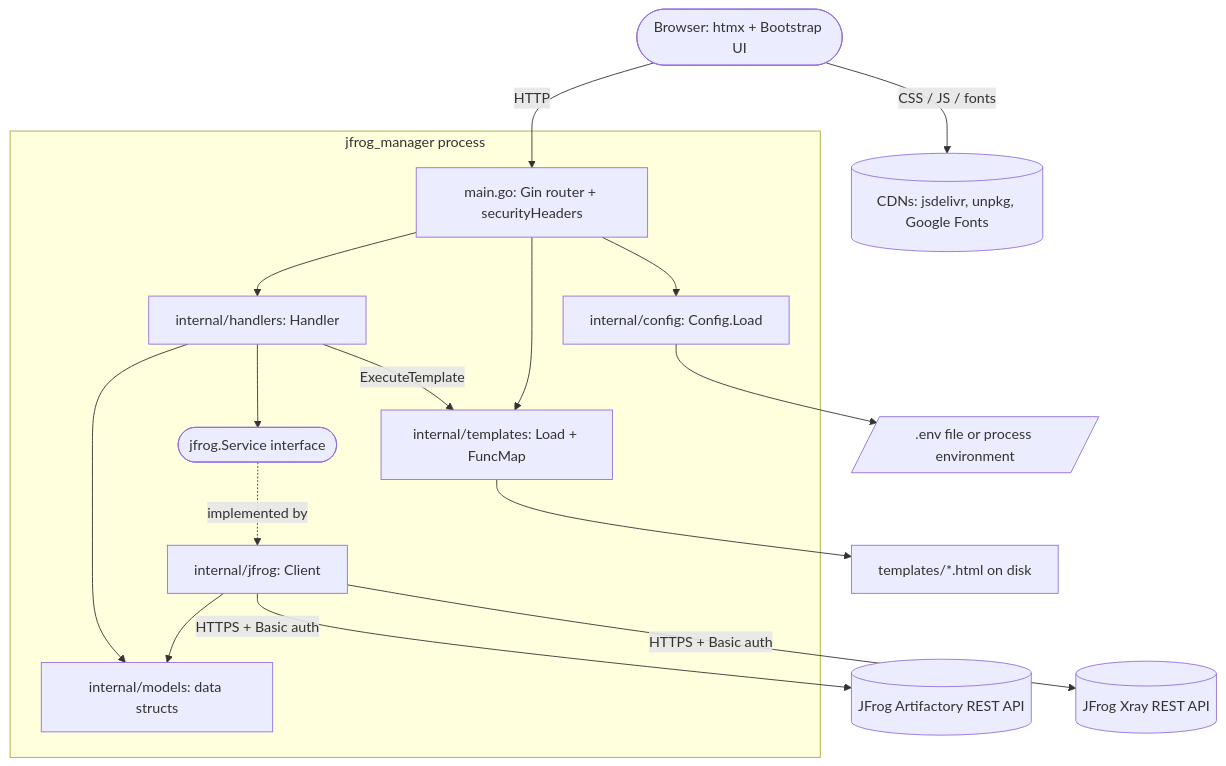
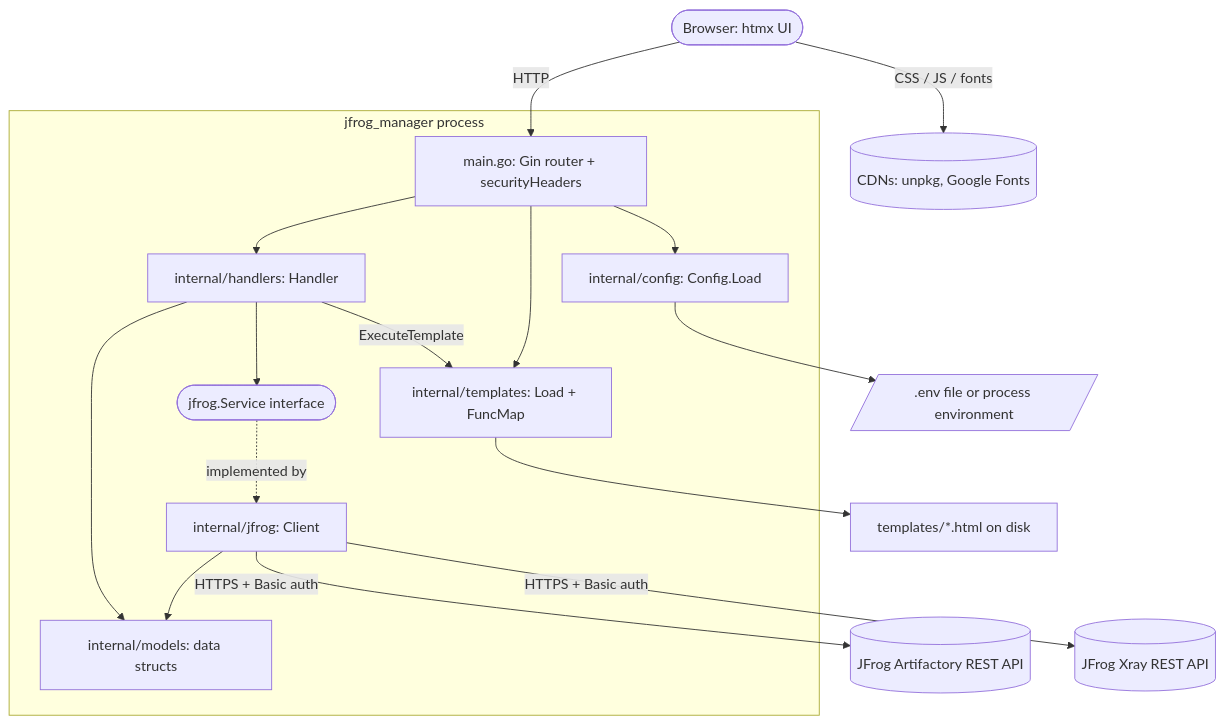
The first of 2 diagrams in ARCHITECTURE.md (FulgerX2007/jfrog-manager), drawn with Mermaid before and after one commit. The commit also changed other lines of this file and 35 other files, not shown here.

````diff
--- a/ARCHITECTURE.md
+++ b/ARCHITECTURE.md
@@ -32,35 +32,35 @@
 ```mermaid
 flowchart TD
-    browser([Browser: htmx + Bootstrap UI])
+    browser([Browser: htmx UI])
 
     subgraph proc[jfrog_manager process]
         main[main.go: Gin router + securityHeaders]
         cfg[internal/config: Config.Load]
         handlers[internal/handlers: Handler]
         tmplpkg[internal/templates: Load + FuncMap]
         svc(["jfrog.Service interface"])
         client[internal/jfrog: Client]
         models[internal/models: data structs]
     end
 
     tmplfiles["templates/*.html on disk"]
     env[/.env file or process environment/]
     artifactory[(JFrog Artifactory REST API)]
     xray[(JFrog Xray REST API)]
-    cdn[(CDNs: jsdelivr, unpkg, Google Fonts)]
+    cdn[(CDNs: unpkg, Google Fonts)]
 
     browser -->|HTTP| main
     browser -->|CSS / JS / fonts| cdn
     main --> cfg
     cfg --> env
     main --> tmplpkg
     tmplpkg --> tmplfiles
     main --> handlers
     handlers --> svc
     handlers -->|ExecuteTemplate| tmplpkg
     svc -.implemented by.-> client
     client -->|HTTPS + Basic auth| artifactory
     client -->|HTTPS + Basic auth| xray
     client --> models
     handlers --> models
 ```
````
